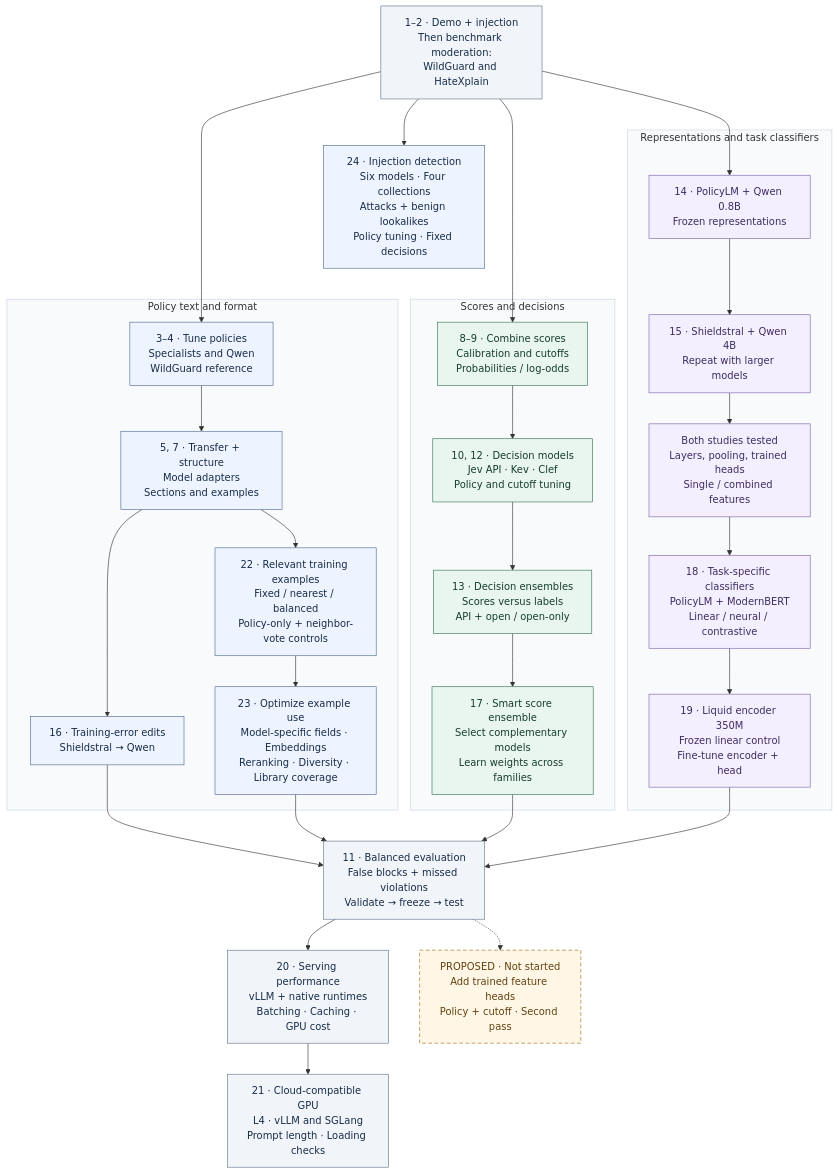
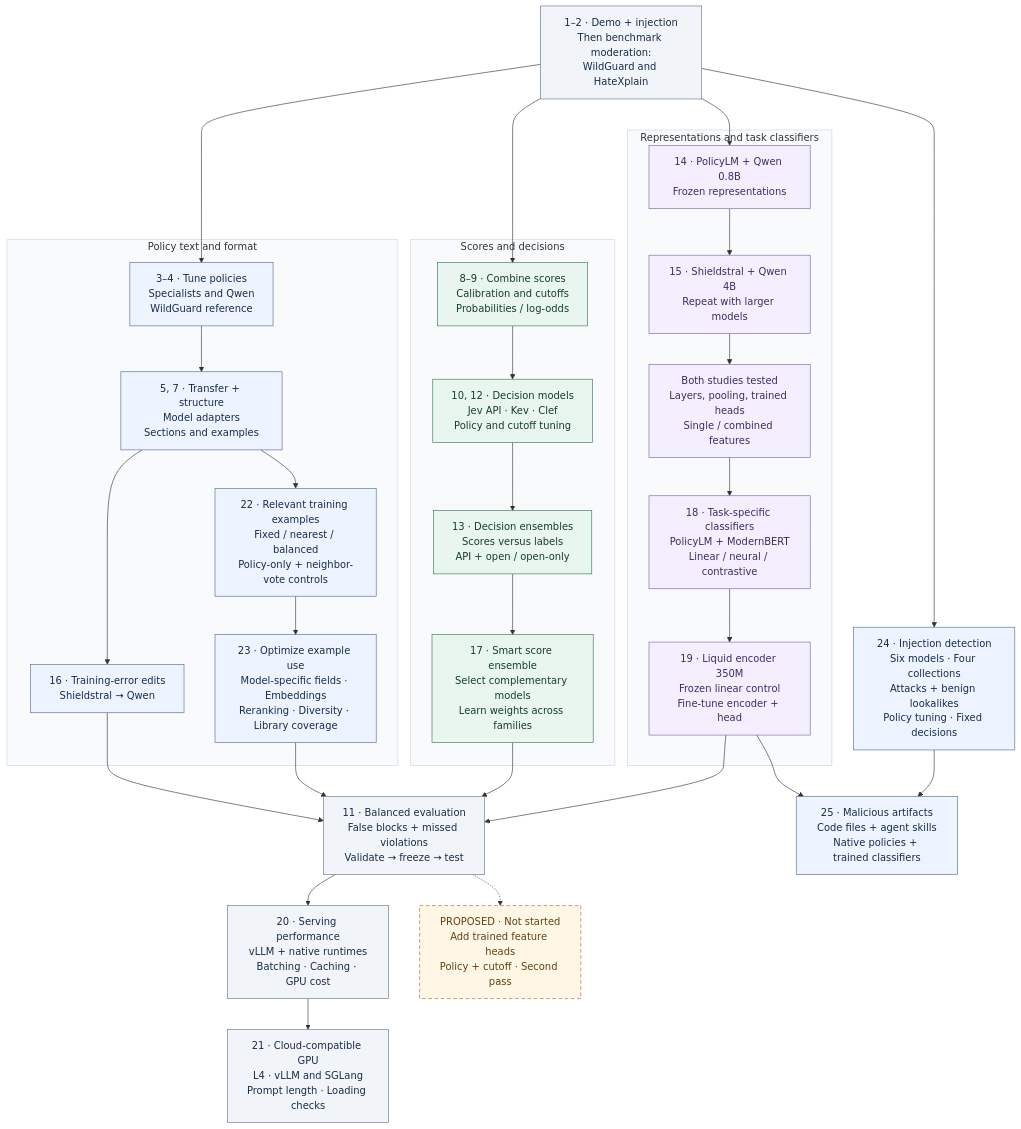
Before and after one commit to harshsinghal/safeguard-eval: the diagram in README.md, drawn with Mermaid. The commit also changed other lines of this file and 198 other files, not shown here.

````diff
--- a/README.md
+++ b/README.md
@@ -26,60 +26,63 @@
 ```mermaid
 flowchart TB
     START["1–2 · Demo + injection<br/>Then benchmark moderation:<br/>WildGuard and HateXplain"]
 
     subgraph POLICY["Policy text and format"]
         P1["3–4 · Tune policies<br/>Specialists and Qwen<br/>WildGuard reference"]
         P2["5, 7 · Transfer + structure<br/>Model adapters<br/>Sections and examples"]
         P3["16 · Training-error edits<br/>Shieldstral → Qwen"]
         P4["22 · Relevant training examples<br/>Fixed / nearest / balanced<br/>Policy-only + neighbor-vote controls"]
         P5["23 · Optimize example use<br/>Model-specific fields · Embeddings<br/>Reranking · Diversity · Library coverage"]
         P1 --> P2 --> P3
         P2 --> P4 --> P5
     end
 
     subgraph SCORES["Scores and decisions"]
         S1["8–9 · Combine scores<br/>Calibration and cutoffs<br/>Probabilities / log-odds"]
         S2["10, 12 · Decision models<br/>Jev API · Kev · Clef<br/>Policy and cutoff tuning"]
         S3["13 · Decision ensembles<br/>Scores versus labels<br/>API + open / open-only"]
         S4["17 · Smart score ensemble<br/>Select complementary models<br/>Learn weights across families"]
         S1 --> S2 --> S3 --> S4
     end
 
     subgraph FEATURES["Representations and task classifiers"]
         F1["14 · PolicyLM + Qwen 0.8B<br/>Frozen representations"]
         F2["15 · Shieldstral + Qwen 4B<br/>Repeat with larger models"]
         F3["Both studies tested<br/>Layers, pooling, trained heads<br/>Single / combined features"]
         F4["18 · Task-specific classifiers<br/>PolicyLM + ModernBERT<br/>Linear / neural / contrastive"]
         F5["19 · Liquid encoder 350M<br/>Frozen linear control<br/>Fine-tune encoder + head"]
         F1 --> F2 --> F3 --> F4 --> F5
     end
 
     START --> P1
     START --> S1
     START --> F1
     P3 --> EVIDENCE
     P5 --> EVIDENCE
     S4 --> EVIDENCE
     F5 --> EVIDENCE
     EVIDENCE["11 · Balanced evaluation<br/>False blocks + missed violations<br/>Validate → freeze → test"]
     EVIDENCE --> SERVING["20 · Serving performance<br/>vLLM + native runtimes<br/>Batching · Caching · GPU cost"]
     SERVING --> CLOUD["21 · Cloud-compatible GPU<br/>L4 · vLLM and SGLang<br/>Prompt length · Loading checks"]
     EVIDENCE -.-> NEXT["PROPOSED · Not started<br/>Add trained feature heads<br/>Policy + cutoff · Second pass"]
 
     START --> INJECTION["24 · Injection detection<br/>Six models · Four collections<br/>Attacks + benign lookalikes<br/>Policy tuning · Fixed decisions"]
 
+    INJECTION --> ARTIFACTS["25 · Malicious artifacts<br/>Code files + agent skills<br/>Native policies + trained classifiers"]
+    F5 --> ARTIFACTS
+
     classDef neutral fill:#f1f5f9,stroke:#64748b,color:#172c49;
     classDef policy fill:#eef4ff,stroke:#526b91,color:#172c49;
     classDef scores fill:#e9f5ef,stroke:#367556,color:#153e2b;
     classDef features fill:#f4efff,stroke:#7b63a8,color:#3d2c60;
     classDef proposed fill:#fff6e5,stroke:#a36e16,color:#61420f,stroke-dasharray:6 4;
     class START,EVIDENCE,SERVING,CLOUD neutral;
     class P1,P2,P3,P4,P5 policy;
     class S1,S2,S3,S4 scores;
     class F1,F2,F3,F4,F5 features;
     class NEXT proposed;
-    class INJECTION policy;
+    class INJECTION,ARTIFACTS policy;
     style POLICY fill:#f8fafc,stroke:#cbd5e1
     style SCORES fill:#f8fafc,stroke:#cbd5e1
     style FEATURES fill:#f8fafc,stroke:#cbd5e1
 ```
````
